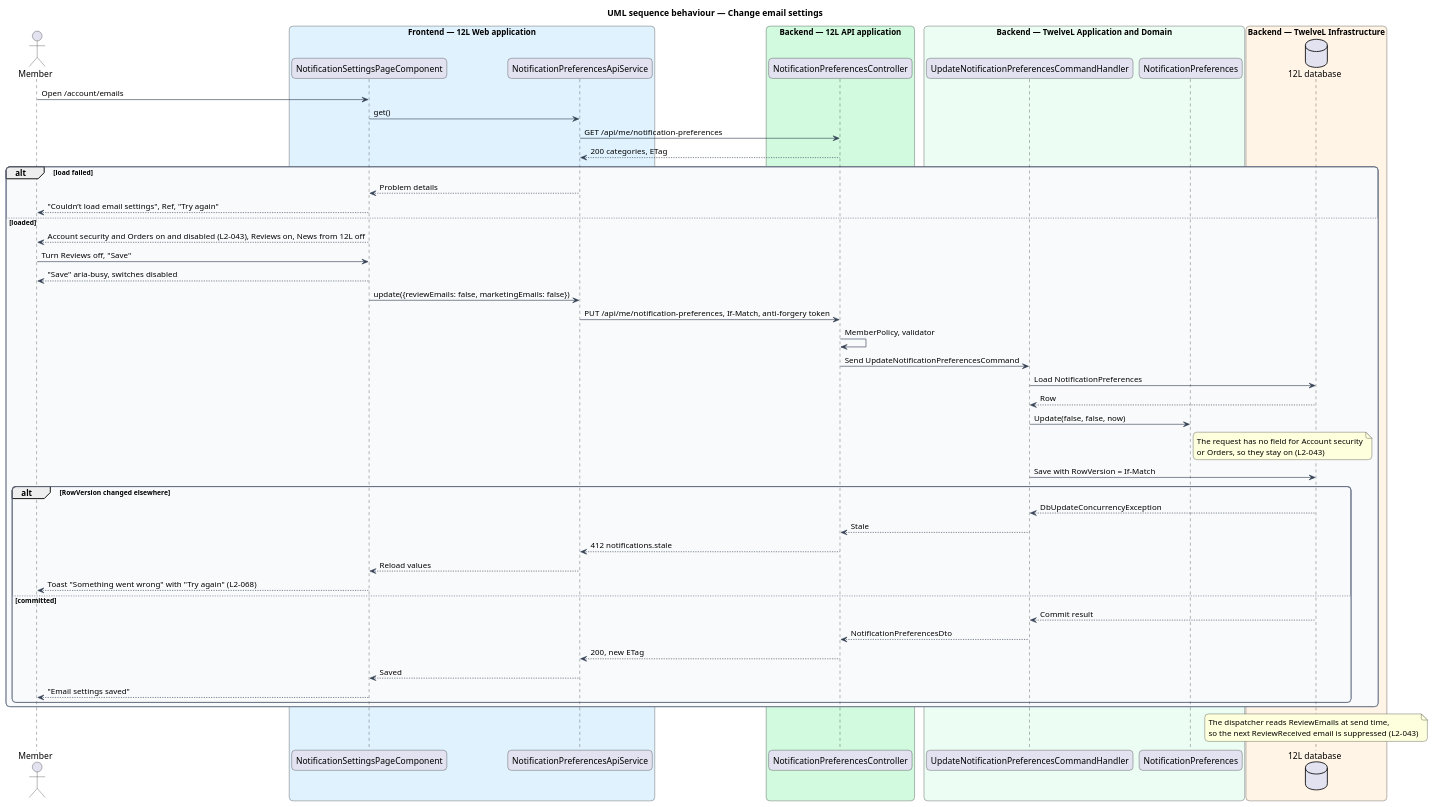
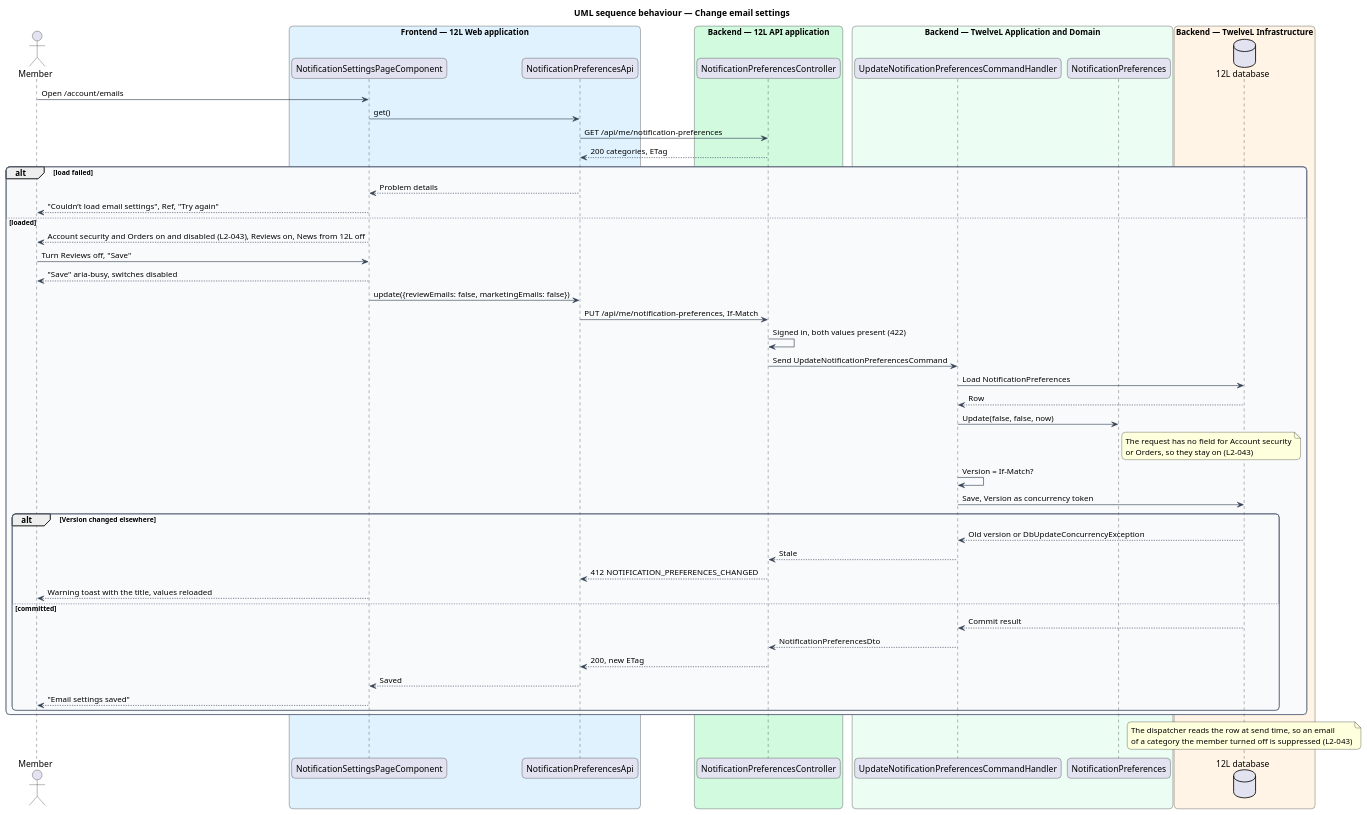
The diagram in docs/detailed-designs/notifications/manage-notification-preferences/diagrams/sequence-update-preferences.puml (QuinntyneBrown/12l), drawn with PlantUML before and after one commit. The commit also changed 72 other files, not shown here.

Commit message:
Document manage-notification-preferences: design, ADR notifications/0002, L2-043, Switch and Toast, composition, estimates

```diff
--- a/docs/detailed-designs/notifications/manage-notification-preferences/diagrams/sequence-update-preferences.puml
+++ b/docs/detailed-designs/notifications/manage-notification-preferences/diagrams/sequence-update-preferences.puml
@@ -1,73 +1,73 @@
 @startuml
 title UML sequence behaviour — Change email settings
 skinparam backgroundColor #FFFFFF
 skinparam shadowing false
 skinparam roundcorner 12
 skinparam defaultFontName Arial
 skinparam ArrowColor #344054
 skinparam rectangle {
   BorderColor #344054
   FontColor #101828
 }
 skinparam package {
   BorderColor #667085
   FontColor #101828
   BackgroundColor #F9FAFB
 }
 actor "Member" as actor
 box "Frontend — 12L Web application" #E0F2FE
   participant "NotificationSettingsPageComponent" as page
-  participant "NotificationPreferencesApiService" as client
+  participant "NotificationPreferencesApi" as client
 end box
 box "Backend — 12L API application" #D1FADF
   participant "NotificationPreferencesController" as controller
 end box
 box "Backend — TwelveL Application and Domain" #ECFDF3
   participant "UpdateNotificationPreferencesCommandHandler" as handler
   participant "NotificationPreferences" as entity
 end box
 box "Backend — TwelveL Infrastructure" #FFF4E5
   database "12L database" as db
 end box
 actor -> page : Open /account/emails
 page -> client : get()
 client -> controller : GET /api/me/notification-preferences
 controller --> client : 200 categories, ETag
 alt load failed
   client --> page : Problem details
   page --> actor : "Couldn’t load email settings", Ref, "Try again"
 else loaded
   page --> actor : Account security and Orders on and disabled (L2-043), Reviews on, News from 12L off
   actor -> page : Turn Reviews off, "Save"
   page --> actor : "Save" aria-busy, switches disabled
   page -> client : update({reviewEmails: false, marketingEmails: false})
-  client -> controller : PUT /api/me/notification-preferences, If-Match, anti-forgery token
-  controller -> controller : MemberPolicy, validator
+  client -> controller : PUT /api/me/notification-preferences, If-Match
+  controller -> controller : Signed in, both values present (422)
   controller -> handler : Send UpdateNotificationPreferencesCommand
   handler -> db : Load NotificationPreferences
   db --> handler : Row
   handler -> entity : Update(false, false, now)
   note right of entity
     The request has no field for Account security
     or Orders, so they stay on (L2-043)
   end note
-  handler -> db : Save with RowVersion = If-Match
-  alt RowVersion changed elsewhere
-    db --> handler : DbUpdateConcurrencyException
+  handler -> handler : Version = If-Match?
+  handler -> db : Save, Version as concurrency token
+  alt Version changed elsewhere
+    db --> handler : Old version or DbUpdateConcurrencyException
     handler --> controller : Stale
-    controller --> client : 412 notifications.stale
-    client --> page : Reload values
-    page --> actor : Toast "Something went wrong" with "Try again" (L2-068)
+    controller --> client : 412 NOTIFICATION_PREFERENCES_CHANGED
+    page --> actor : Warning toast with the title, values reloaded
   else committed
     db --> handler : Commit result
     handler --> controller : NotificationPreferencesDto
     controller --> client : 200, new ETag
     client --> page : Saved
     page --> actor : "Email settings saved"
   end
 end
 note over db
-  The dispatcher reads ReviewEmails at send time,
-  so the next ReviewReceived email is suppressed (L2-043)
+  The dispatcher reads the row at send time, so an email
+  of a category the member turned off is suppressed (L2-043)
 end note
 @enduml
```
